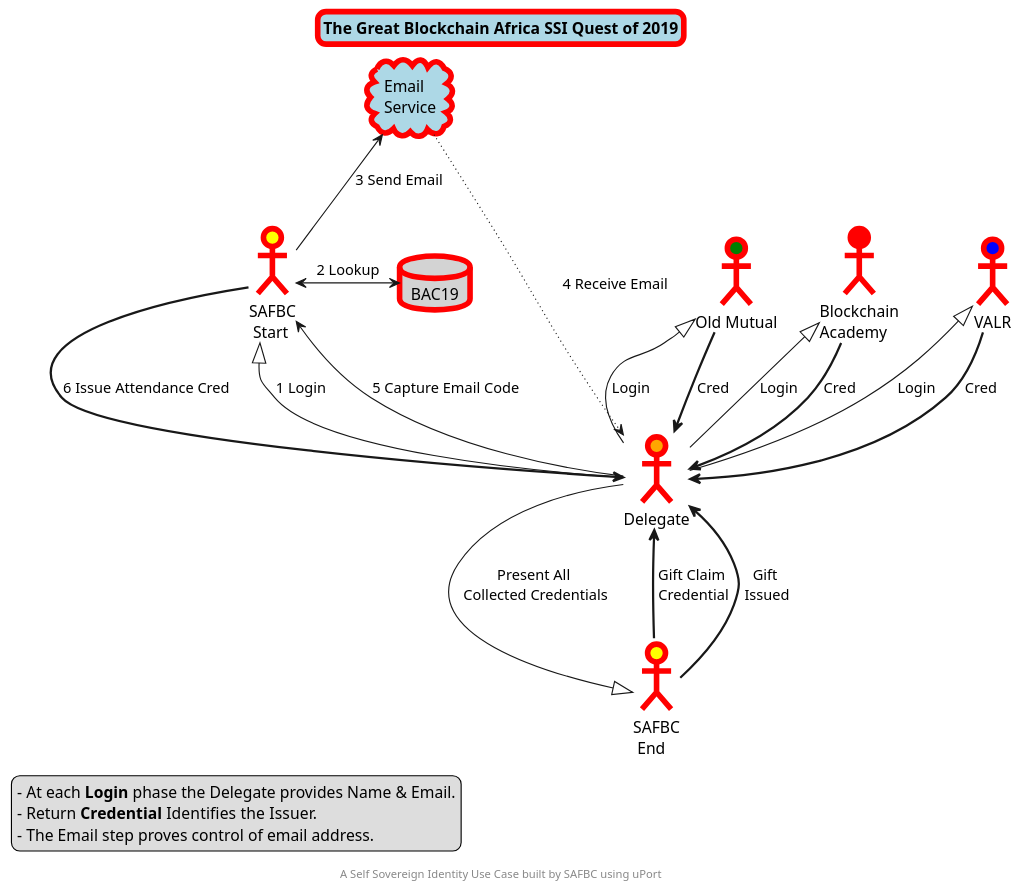
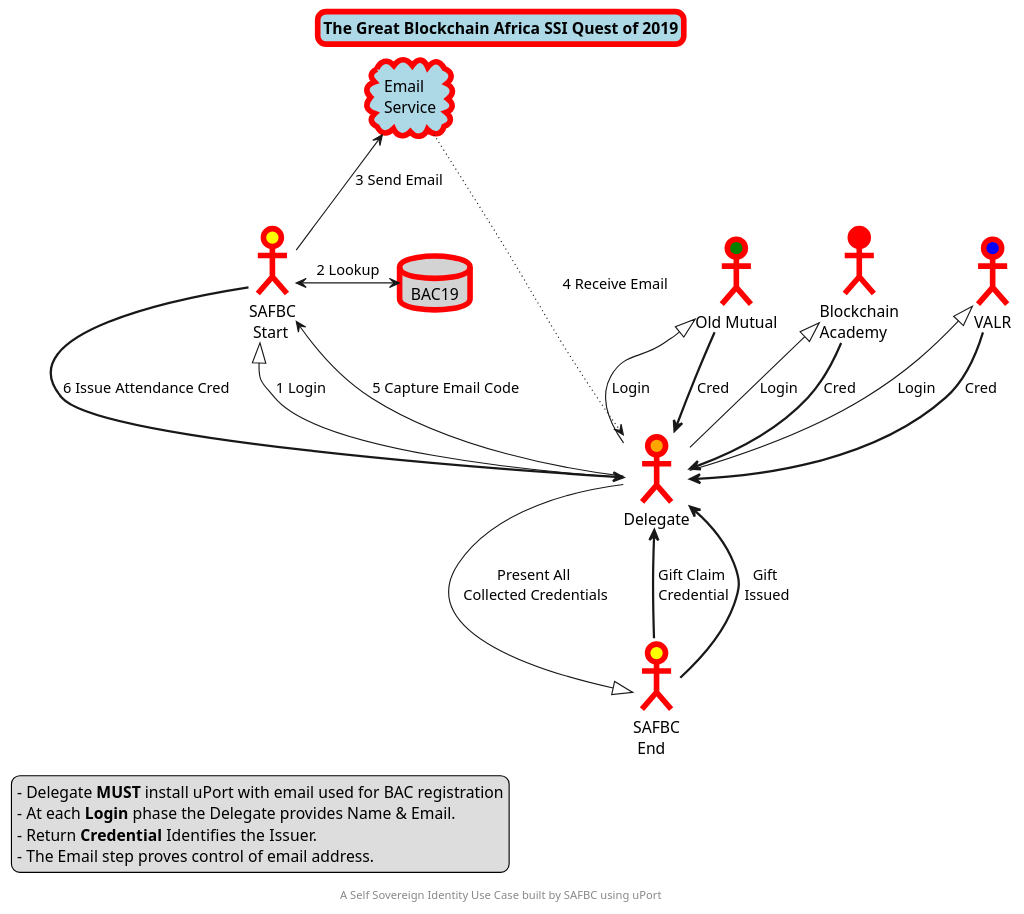
The diagram in docs/ClaimChaseGame.puml (safbc/ssi-uport), drawn with PlantUML before and after one commit.

Commit message:
add install conditions

```diff
--- a/docs/ClaimChaseGame.puml
+++ b/docs/ClaimChaseGame.puml
@@ -1,47 +1,48 @@
 @startuml
 skinparam titleBorderRoundCorner 15
 skinparam titleBorderThickness 5
 skinparam titleBorderColor red
 skinparam titleBackgroundColor LightBlue
 
 title The Great Blockchain Africa SSI Quest of 2019
 
 legend bottom left
+- Delegate <b>MUST</b> install uPort with email used for BAC registration
 - At each <b>Login</b> phase the Delegate provides Name & Email.
 - Return <b>Credential</b> Identifies the Issuer.
 - The Email step proves control of email address.
 endlegend
 
 cloud "Email\nService" as email
 database "BAC19" as DB #LightGrey
 actor Delegate #orange
 actor "Old Mutual" as V1 #green
 actor "Blockchain\nAcademy" as V2 #red
 actor VALR as V3 #blue
 actor "SAFBC\n Start" as SA1 #yellow
 actor "SAFBC\n End" as SA2 #yellow
 
 
 Delegate -up-|> V3 : Login
 V3 ==> Delegate : Cred
 
 Delegate -up-|> V2 : Login
 V2 ==> Delegate : Cred
 
 Delegate -up-|> V1 : Login
 V1 ==> Delegate : Cred
 
 Delegate --|> SA1: 1 Login
 SA1 <-> DB : 2 Lookup
 SA1 -up-> email : 3 Send Email
 email ~~~> Delegate : 4 Receive Email
 Delegate --> SA1 : 5 Capture Email Code
 SA1 => Delegate : 6 Issue Attendance Cred
 
 Delegate -down-|> SA2 : Present All\n Collected Credentials
 SA2 ==> Delegate : Gift Claim\n Credential
 SA2 ==> Delegate : Gift\n Issued
 
 center footer A Self Sovereign Identity Use Case built by SAFBC using uPort
 
 @enduml
```
